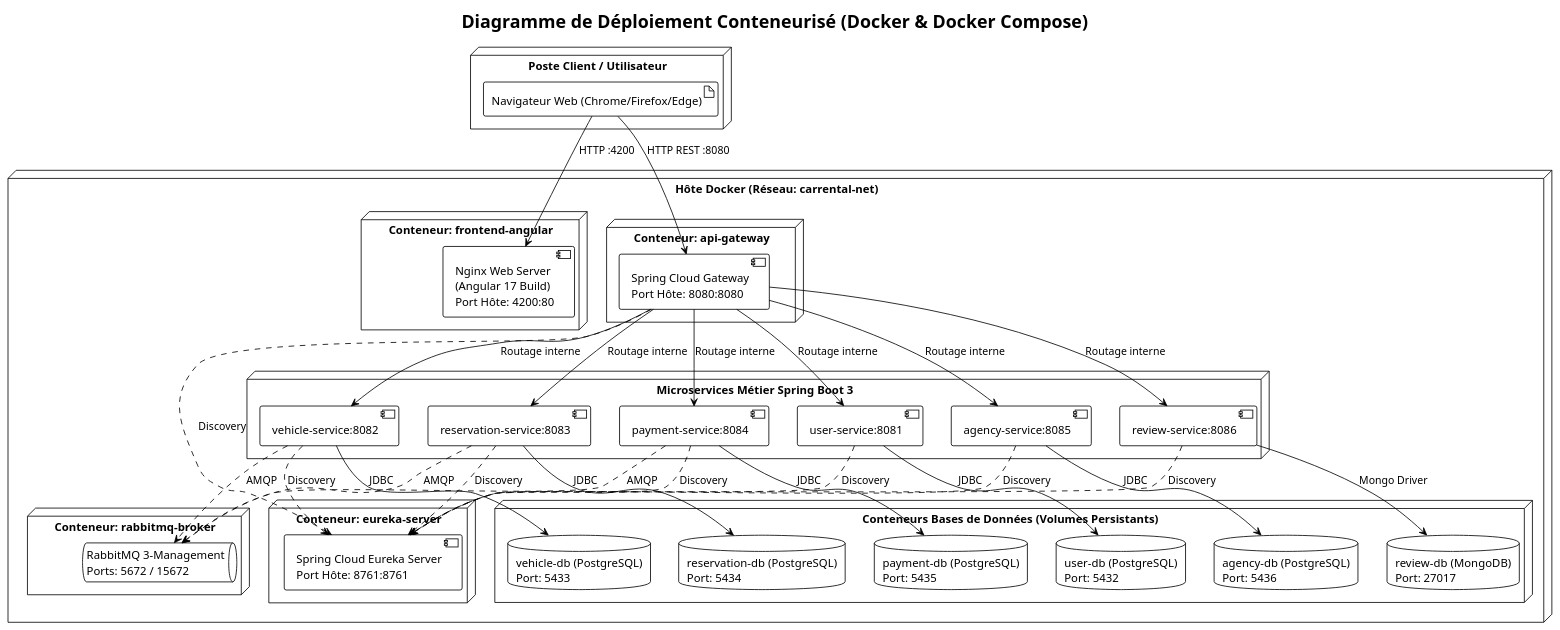
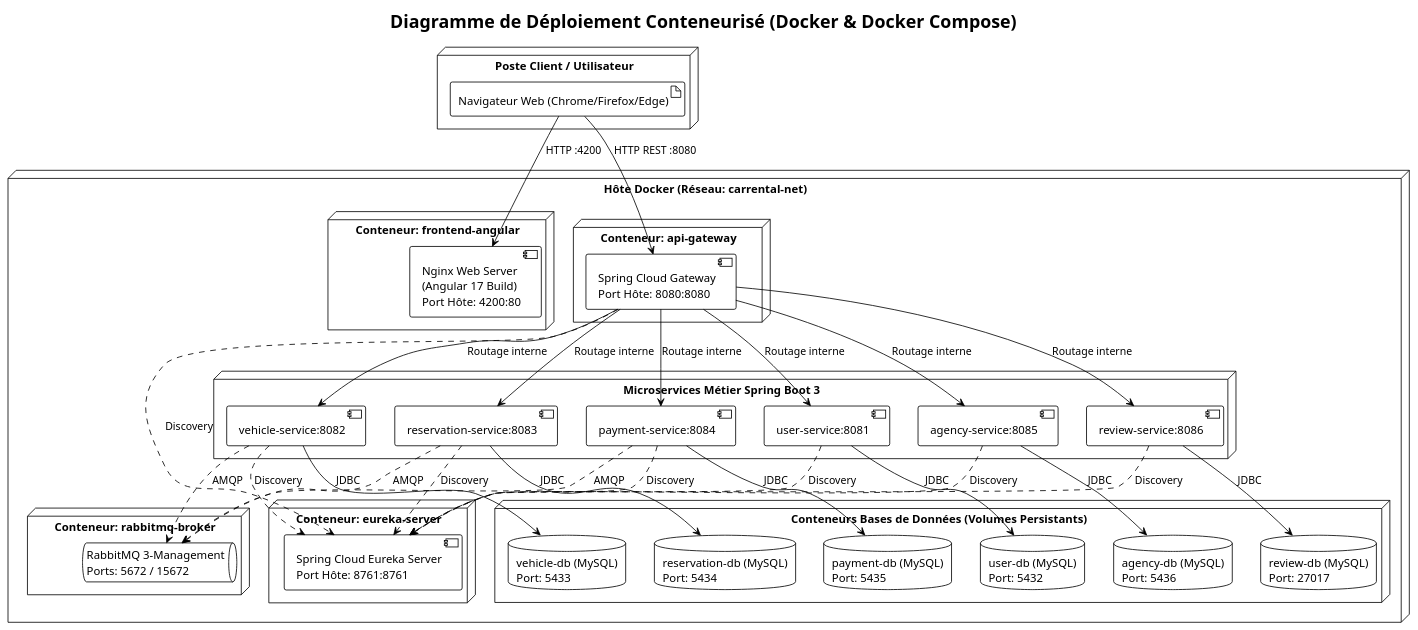
Before and after one commit to rayansayari/awd: the diagram in Documentation/Diagrams/Deploiement_Docker.puml, drawn with PlantUML. The commit also changed 34 other files, not shown here.

Commit message:
feat(database): migrate 100% of microservices (including Review-Service) from PostgreSQL/MongoDB to MySQL 8.0

```diff
--- a/Documentation/Diagrams/Deploiement_Docker.puml
+++ b/Documentation/Diagrams/Deploiement_Docker.puml
@@ -1,76 +1,76 @@
 @startuml Deploiement_Docker_CarRental
 !theme plain
 skinparam nodeStyle rectangle
 
 title Diagramme de Déploiement Conteneurisé (Docker & Docker Compose)
 
 node "Poste Client / Utilisateur" {
     artifact "Navigateur Web (Chrome/Firefox/Edge)" as Browser
 }
 
 node "Hôte Docker (Réseau: carrental-net)" {
     node "Conteneur: frontend-angular" {
         component "Nginx Web Server\n(Angular 17 Build)\nPort Hôte: 4200:80" as C_Angular
     }
 
     node "Conteneur: eureka-server" {
         component "Spring Cloud Eureka Server\nPort Hôte: 8761:8761" as C_Eureka
     }
 
     node "Conteneur: api-gateway" {
         component "Spring Cloud Gateway\nPort Hôte: 8080:8080" as C_Gateway
     }
 
     node "Conteneur: rabbitmq-broker" {
         queue "RabbitMQ 3-Management\nPorts: 5672 / 15672" as C_RabbitMQ
     }
 
     node "Microservices Métier Spring Boot 3" {
         component "user-service:8081" as C_User
         component "vehicle-service:8082" as C_Vehicle
         component "reservation-service:8083" as C_Res
         component "payment-service:8084" as C_Pay
         component "agency-service:8085" as C_Agency
         component "review-service:8086" as C_Review
     }
 
     node "Conteneurs Bases de Données (Volumes Persistants)" {
-        database "user-db (PostgreSQL)\nPort: 5432" as CD_User
-        database "vehicle-db (PostgreSQL)\nPort: 5433" as CD_Vehicle
-        database "reservation-db (PostgreSQL)\nPort: 5434" as CD_Res
-        database "payment-db (PostgreSQL)\nPort: 5435" as CD_Pay
-        database "agency-db (PostgreSQL)\nPort: 5436" as CD_Agency
-        database "review-db (MongoDB)\nPort: 27017" as CD_Review
+        database "user-db (MySQL)\nPort: 5432" as CD_User
+        database "vehicle-db (MySQL)\nPort: 5433" as CD_Vehicle
+        database "reservation-db (MySQL)\nPort: 5434" as CD_Res
+        database "payment-db (MySQL)\nPort: 5435" as CD_Pay
+        database "agency-db (MySQL)\nPort: 5436" as CD_Agency
+        database "review-db (MySQL)\nPort: 27017" as CD_Review
     }
 }
 
 Browser --> C_Angular : HTTP :4200
 Browser --> C_Gateway : HTTP REST :8080
 
 C_Gateway --> C_User : Routage interne
 C_Gateway --> C_Vehicle : Routage interne
 C_Gateway --> C_Res : Routage interne
 C_Gateway --> C_Pay : Routage interne
 C_Gateway --> C_Agency : Routage interne
 C_Gateway --> C_Review : Routage interne
 
 C_User --> CD_User : JDBC
 C_Vehicle --> CD_Vehicle : JDBC
 C_Res --> CD_Res : JDBC
 C_Pay --> CD_Pay : JDBC
 C_Agency --> CD_Agency : JDBC
-C_Review --> CD_Review : Mongo Driver
+C_Review --> CD_Review : JDBC
 
 C_Res ..> C_RabbitMQ : AMQP
 C_Pay ..> C_RabbitMQ : AMQP
 C_Vehicle ..> C_RabbitMQ : AMQP
 
 C_Gateway ..> C_Eureka : Discovery
 C_User ..> C_Eureka : Discovery
 C_Vehicle ..> C_Eureka : Discovery
 C_Res ..> C_Eureka : Discovery
 C_Pay ..> C_Eureka : Discovery
 C_Agency ..> C_Eureka : Discovery
 C_Review ..> C_Eureka : Discovery
 
 @enduml
```
